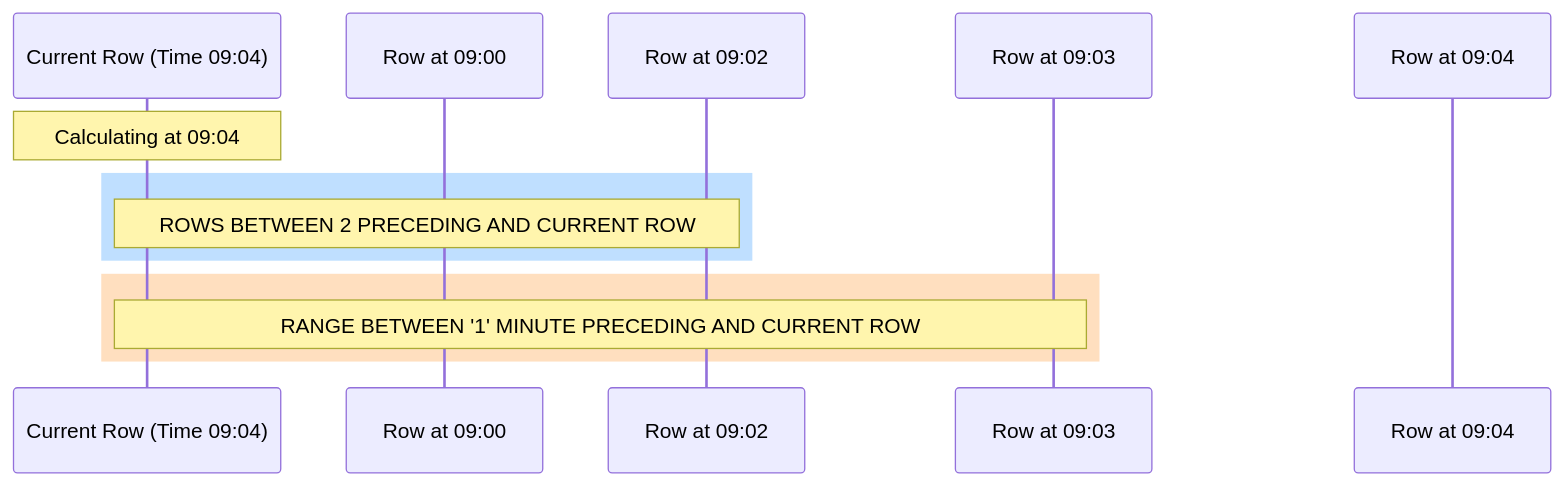
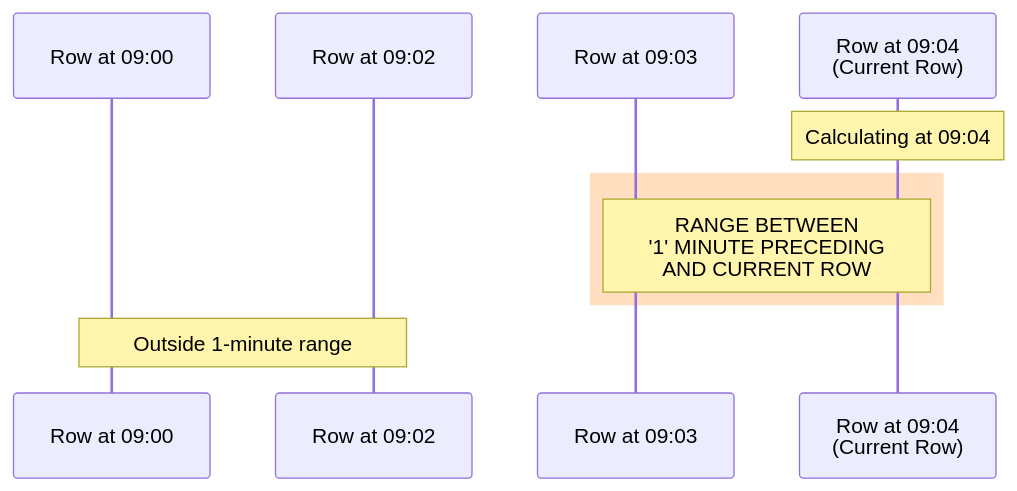
One commit to questdb/documentation changed the first of 5 diagrams in documentation/reference/function/window.md. Above: the diagram before and after it, drawn with Mermaid. The commit also changed other lines of this file, not shown here.

Commit message:
improves diagram and wrapping text

````diff
--- a/documentation/reference/function/window.md
+++ b/documentation/reference/function/window.md
@@ -143,18 +143,17 @@
 ```mermaid
 sequenceDiagram
-    participant CurrentRow as Current Row (Time 09:04)
-    participant Row1 as Row at 09:00
-    participant Row2 as Row at 09:02
-    participant Row3 as Row at 09:03
-    participant Row4 as Row at 09:04
+    participant R1 as Row at 09:00
+    participant R2 as Row at 09:02
+    participant R3 as Row at 09:03
+    participant R4 as Row at 09:04<br/>(Current Row)
 
-    Note over CurrentRow: Calculating at 09:04
+    Note over R4: Calculating at 09:04
 
-    rect rgb(191, 223, 255)
-    Note over Row2,CurrentRow: ROWS BETWEEN 2 PRECEDING AND CURRENT ROW
+    %% Only include rows within 1 minute of current row (09:03-09:04)
+    rect rgba(255, 223, 191)
+    Note over R3,R4: RANGE BETWEEN<br/>'1' MINUTE PRECEDING<br/>AND CURRENT ROW
     end
 
-    rect rgb(255, 223, 191)
-    Note over Row3,CurrentRow: RANGE BETWEEN '1' MINUTE PRECEDING AND CURRENT ROW
-    end
+    %% Show excluded rows in grey or with a visual indicator
+    Note over R1,R2: Outside 1-minute range
 ```
````
